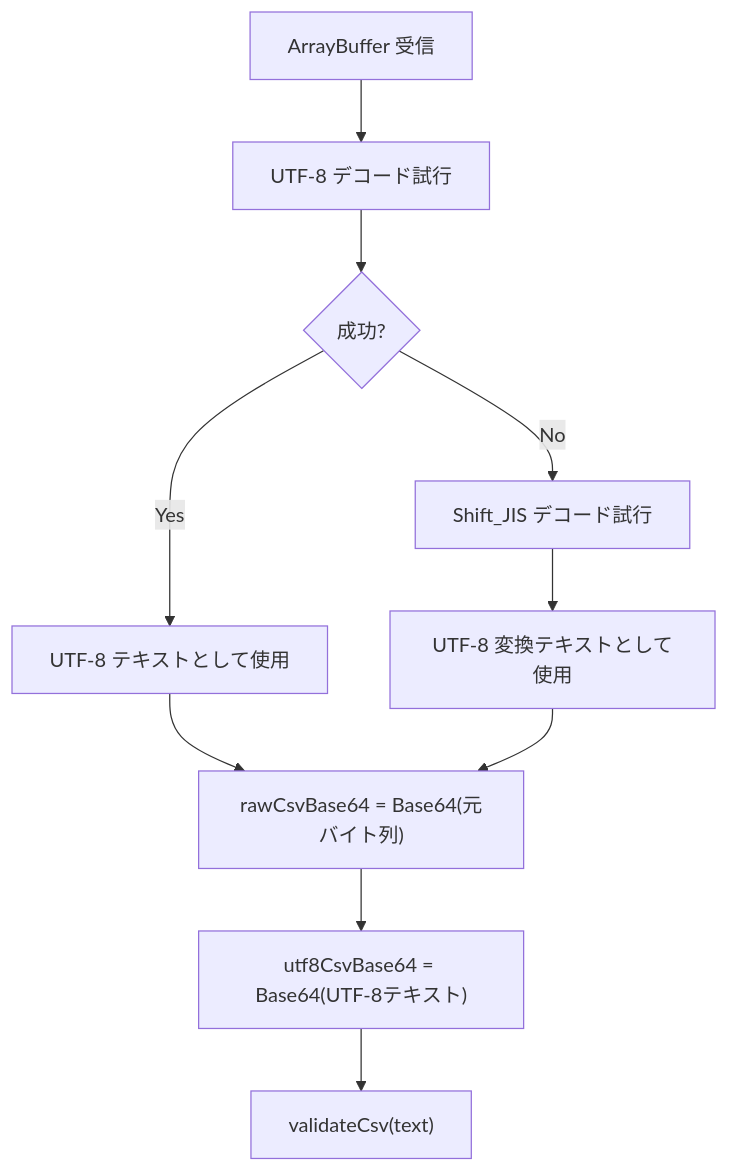
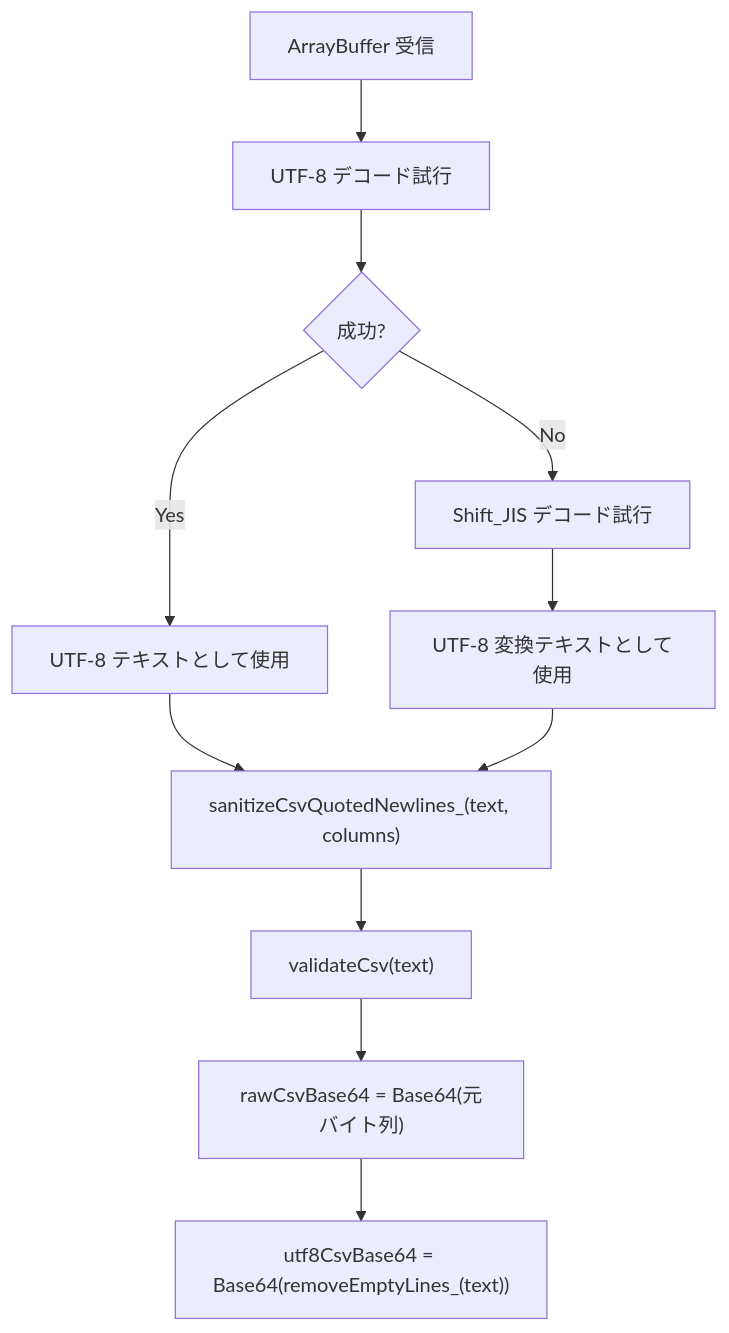
Before and after one commit to USEN-PAY-Products/connect-wholesale-gas-poc: the fourth of 7 diagrams in docs/specifications/02_csv_upload_page.md, drawn with Mermaid. The commit also changed other lines of this file and 11 other files, not shown here.

````diff
--- a/docs/specifications/02_csv_upload_page.md
+++ b/docs/specifications/02_csv_upload_page.md
@@ -211,12 +213,13 @@
 ```mermaid
 flowchart TD
     A["ArrayBuffer 受信"] --> B["UTF-8 デコード試行"]
     B --> C{"成功?"}
     C -->|Yes| D["UTF-8 テキストとして使用"]
     C -->|No| E["Shift_JIS デコード試行"]
     E --> F["UTF-8 変換テキストとして使用"]
-    D --> G["rawCsvBase64 = Base64(元バイト列)"]
-    F --> G
-    G --> H["utf8CsvBase64 = Base64(UTF-8テキスト)"]
-    H --> I["validateCsv(text)"]
+    D --> S["sanitizeCsvQuotedNewlines_(text, columns)"]
+    F --> S
+    S --> V["validateCsv(text)"]
+    V --> G["rawCsvBase64 = Base64(元バイト列)"]
+    G --> H["utf8CsvBase64 = Base64(removeEmptyLines_(text))"]
 ```
````
